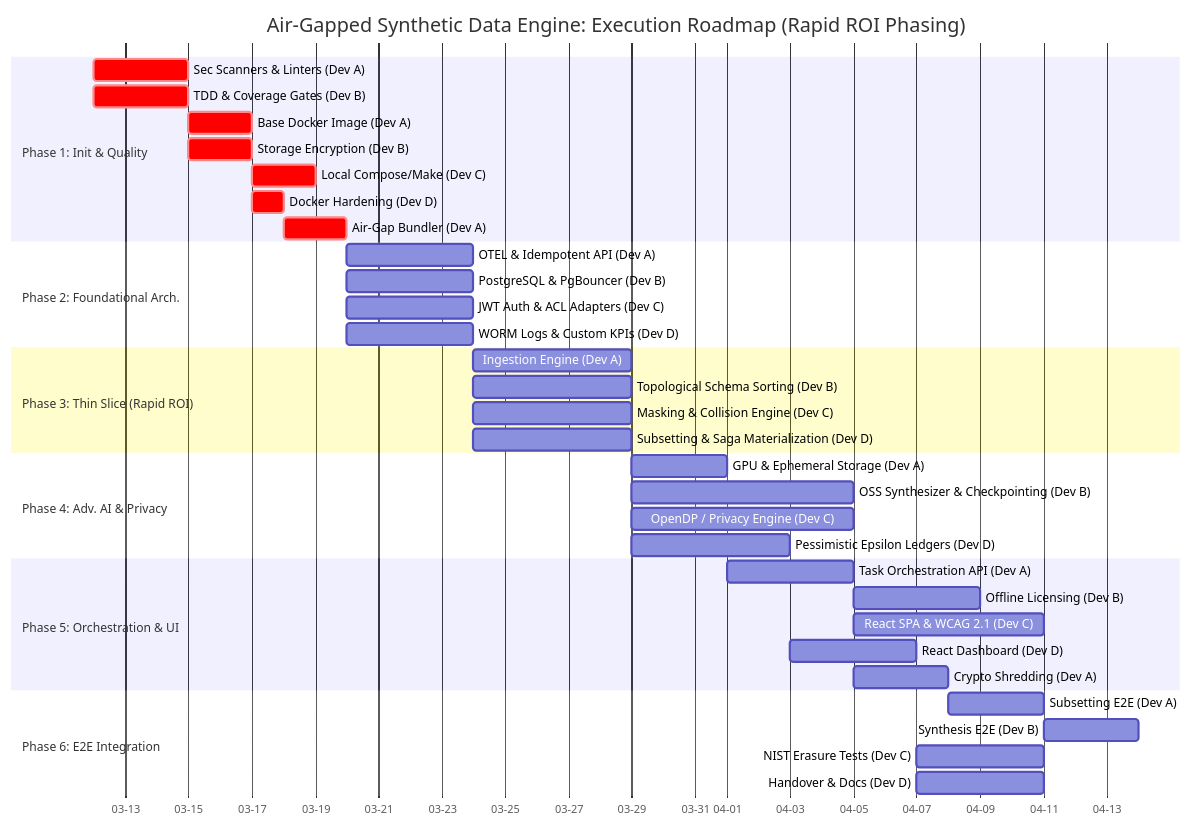
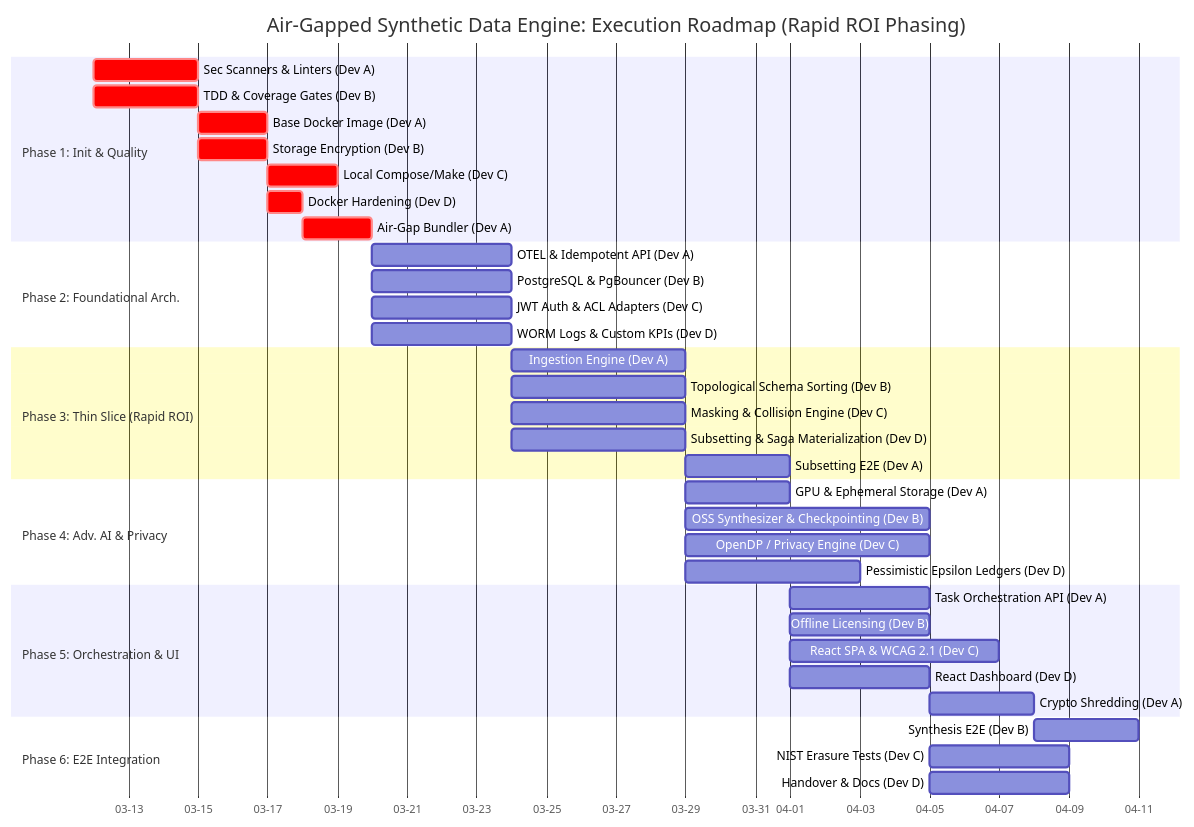
One commit to aedile/conclave changed the diagram in docs/EXECUTION_PLAN.md. Above: the diagram before and after it, drawn with Mermaid. The commit also changed other lines of this file and 1 other file, not shown here.

Commit message:
docs: integrate Principal PM (Agile/RTE) mandates

````diff
--- a/docs/EXECUTION_PLAN.md
+++ b/docs/EXECUTION_PLAN.md
@@ -78,47 +82,47 @@
 ```mermaid
 gantt
     title Air-Gapped Synthetic Data Engine: Execution Roadmap (Rapid ROI Phasing)
     dateFormat  YYYY-MM-DD
     axisFormat  %m-%d
     todayMarker off
     
     section Phase 1: Init & Quality
     Sec Scanners & Linters (Dev A) :crit, t1_1, 2026-03-12, 3d
     TDD & Coverage Gates (Dev B)   :crit, t1_2, 2026-03-12, 3d
     Base Docker Image (Dev A)      :crit, t1_3, after t1_1, 2d
     Storage Encryption (Dev B)     :crit, t1_4, after t1_2, 2d
     Local Compose/Make (Dev C)     :crit, t1_5, after t1_3, 2d
     Docker Hardening (Dev D)       :crit, t1_6, after t1_4, 1d
     Air-Gap Bundler (Dev A)        :crit, t1_7, after t1_6, 2d
 
     section Phase 2: Foundational Arch.
     OTEL & Idempotent API (Dev A)            :t2_1, after t1_7, 4d
     PostgreSQL & PgBouncer (Dev B)           :t2_2, after t1_7, 4d
     JWT Auth & ACL Adapters (Dev C)          :t2_3, after t1_7, 4d
     WORM Logs & Custom KPIs (Dev D)          :t2_4, after t1_7, 4d
 
     section Phase 3: Thin Slice (Rapid ROI)
     Ingestion Engine (Dev A)                    :t3_1, after t2_1, 5d
     Topological Schema Sorting (Dev B)          :t3_2, after t2_1, 5d
     Masking & Collision Engine (Dev C)          :t3_3, after t2_1, 5d
     Subsetting & Saga Materialization (Dev D)   :t3_4, after t2_1, 5d
+    Subsetting E2E (Dev A)                      :t3_5, after t3_4, 3d
 
     section Phase 4: Adv. AI & Privacy
     GPU & Ephemeral Storage (Dev A)     :t4_1, after t3_1, 3d
     OSS Synthesizer & Checkpointing (Dev B):t4_2, after t3_2, 7d
     OpenDP / Privacy Engine (Dev C)     :t4_3, after t3_3, 7d
     Pessimistic Epsilon Ledgers (Dev D) :t4_4, after t3_4, 5d
 
     section Phase 5: Orchestration & UI
-    Task Orchestration API (Dev A) :t5_1, after t4_1, 4d
-    Offline Licensing (Dev B)      :t5_2, after t4_2, 4d
-    React SPA & WCAG 2.1 (Dev C)   :t5_3, after t4_3, 6d
-    React Dashboard (Dev D)        :t5_4, after t4_4, 4d
+    Task Orchestration API (Dev A) :t5_1, after t3_5, 4d
+    Offline Licensing (Dev B)      :t5_2, after t3_5, 4d
+    React SPA & WCAG 2.1 (Dev C)   :t5_3, after t3_5, 6d
+    React Dashboard (Dev D)        :t5_4, after t3_5, 4d
     Crypto Shredding (Dev A)       :t5_5, after t5_1, 3d
 
     section Phase 6: E2E Integration
-    Subsetting E2E (Dev A)         :t6_1, after t5_5, 3d
-    Synthesis E2E (Dev B)          :t6_2, after t6_1, 3d
-    NIST Erasure Tests (Dev C)     :t6_3, after t5_4, 4d
-    Handover & Docs (Dev D)        :t6_4, after t5_4, 4d
+    Synthesis E2E (Dev B)          :t6_1, after t5_5, 3d
+    NIST Erasure Tests (Dev C)     :t6_2, after t5_4, 4d
+    Handover & Docs (Dev D)        :t6_3, after t5_4, 4d
 ```
````
